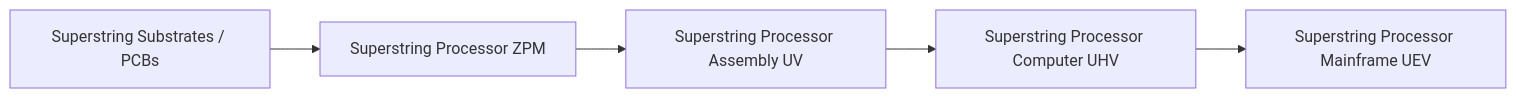
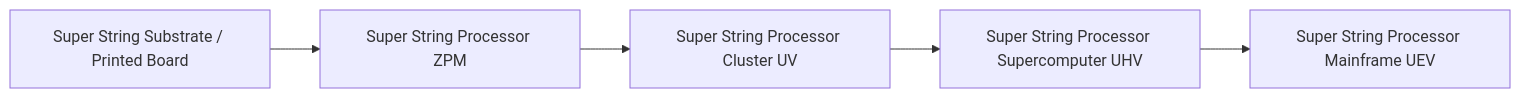
Before and after one commit to takanashisatou/GregtechEasy: the first of 2 diagrams in docs/en/gtecore/circuits-and-materials.md, drawn with Mermaid. The commit also changed other lines of this file and 162 other files, not shown here.

````diff
--- a/docs/en/gtecore/circuits-and-materials.md
+++ b/docs/en/gtecore/circuits-and-materials.md
@@ -11,7 +11,7 @@
 ```mermaid
 graph LR
-    A[Superstring Substrates / PCBs] --> B[Superstring Processor ZPM]
-    B --> C[Superstring Processor Assembly UV]
-    C --> D[Superstring Processor Computer UHV]
-    D --> E[Superstring Processor Mainframe UEV]
+    A[Super String Substrate / Printed Board] --> B[Super String Processor ZPM]
+    B --> C[Super String Processor Cluster UV]
+    C --> D[Super String Processor Supercomputer UHV]
+    D --> E[Super String Processor Mainframe UEV]
 ```
````
